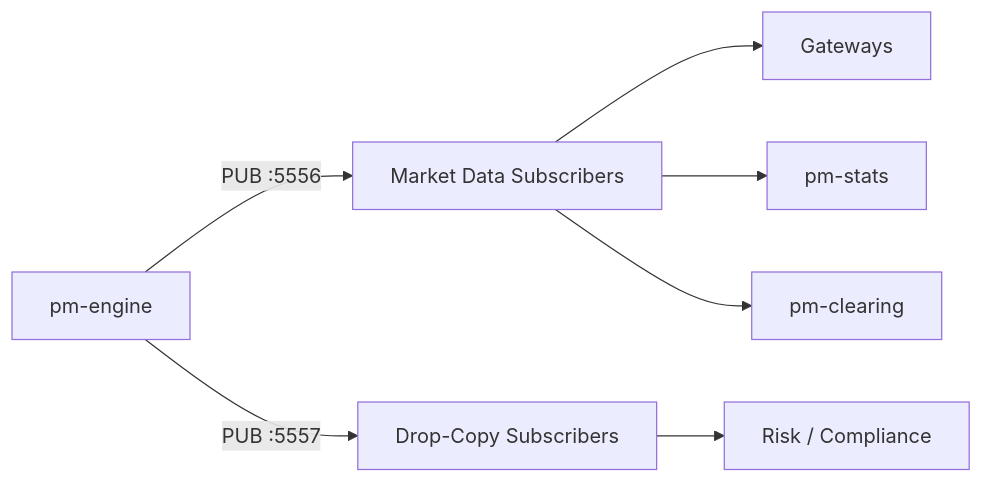
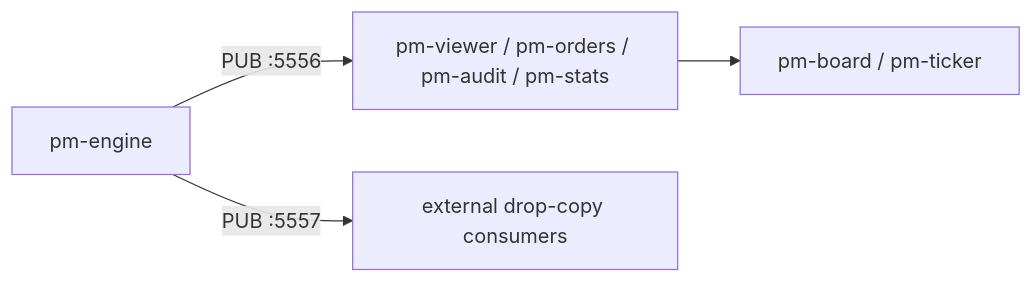
The diagram in docs/training/13-market-data-drop-copy.md (johan162/EduMatcher), drawn with Mermaid before and after one commit. The commit also changed other lines of this file and 25 other files, not shown here.

````diff
--- a/docs/training/13-market-data-drop-copy.md
+++ b/docs/training/13-market-data-drop-copy.md
@@ -120,10 +125,7 @@
 ```mermaid
 flowchart LR
     E[pm-engine]
-    E -->|PUB :5556| MD[Market Data Subscribers]
-    E -->|PUB :5557| DC[Drop-Copy Subscribers]
-    MD --> G[Gateways]
-    MD --> S[pm-stats]
-    MD --> C[pm-clearing]
-    DC --> R[Risk / Compliance]
+    E -->|PUB :5556| V[pm-viewer / pm-orders / pm-audit / pm-stats]
+    E -->|PUB :5557| DC[external drop-copy consumers]
+    V --> B[pm-board / pm-ticker]
 ```
````
